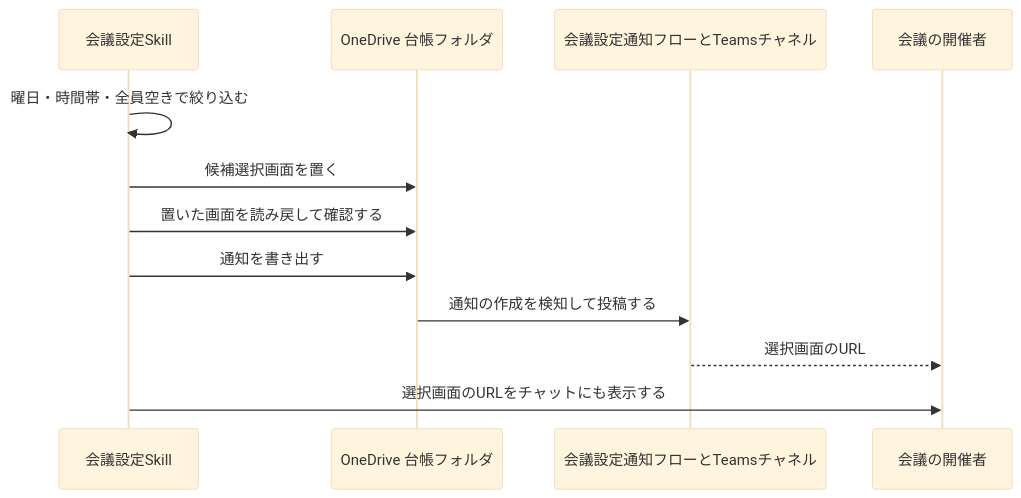
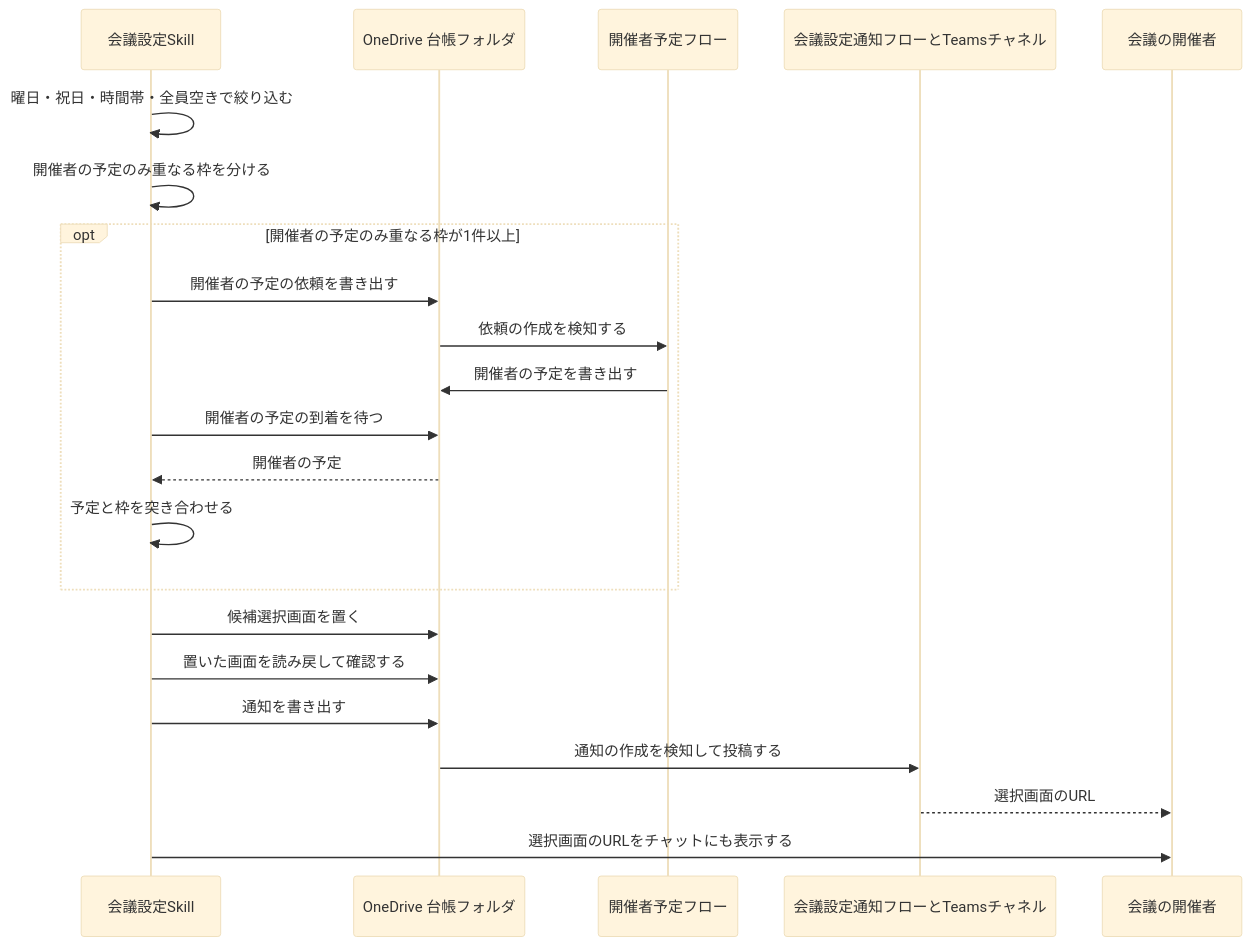
One commit to dnode-ryosuke-yamazaki/study changed the second of 11 diagrams in apps/meeting-setup-automation/specs/meeting-scheduling/design.md. Above: the diagram before and after it, drawn with Mermaid (base theme). The commit also changed other lines of this file and 5 other files, not shown here.

````diff
--- a/apps/meeting-setup-automation/specs/meeting-scheduling/design.md
+++ b/apps/meeting-setup-automation/specs/meeting-scheduling/design.md
@@ -82,15 +97,25 @@
 ```mermaid
 sequenceDiagram
     participant S as 会議設定Skill
     participant D as OneDrive 台帳フォルダ
+    participant F3 as 開催者予定フロー
     participant N as 会議設定通知フローとTeamsチャネル
     participant O as 会議の開催者
 
-    S->>S: 曜日・時間帯・全員空きで絞り込む
+    S->>S: 曜日・祝日・時間帯・全員空きで絞り込む
+    S->>S: 開催者の予定のみ重なる枠を分ける
+    opt 開催者の予定のみ重なる枠が1件以上
+        S->>D: 開催者の予定の依頼を書き出す
+        D->>F3: 依頼の作成を検知する
+        F3->>D: 開催者の予定を書き出す
+        S->>D: 開催者の予定の到着を待つ
+        D-->>S: 開催者の予定
+        S->>S: 予定と枠を突き合わせる
+    end
     S->>D: 候補選択画面を置く
     S->>D: 置いた画面を読み戻して確認する
     S->>D: 通知を書き出す
     D->>N: 通知の作成を検知して投稿する
     N-->>O: 選択画面のURL
     S->>O: 選択画面のURLをチャットにも表示する
 ```
````
